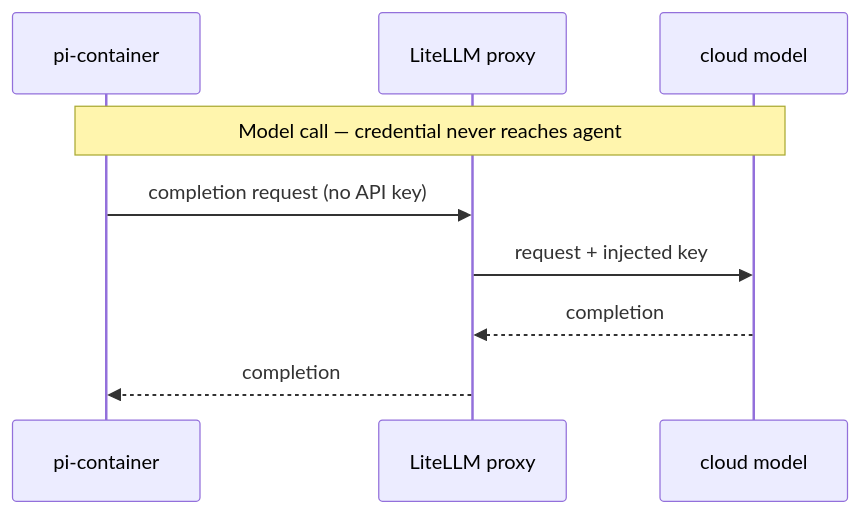
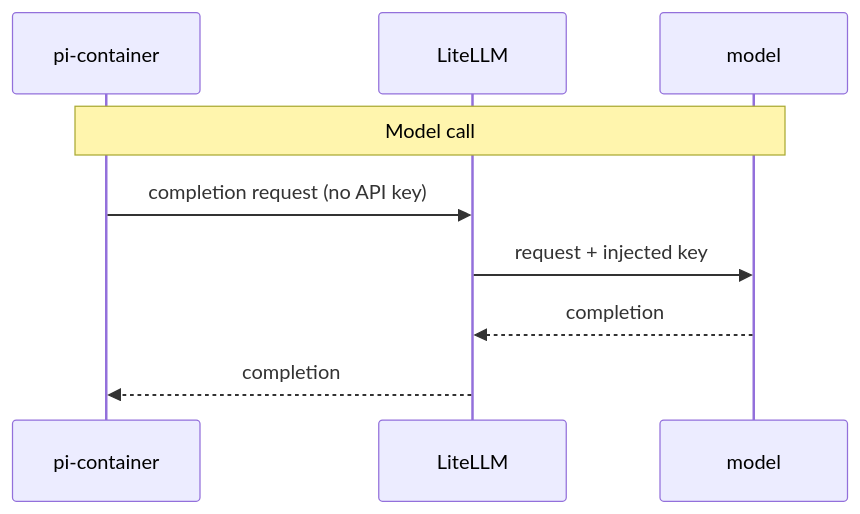
The third of 4 diagrams in docs/solution.md (kieranpotts/genie), drawn with Mermaid before and after one commit. The commit also changed other lines of this file and 5 other files, not shown here.

````diff
--- a/docs/solution.md
+++ b/docs/solution.md
@@ -181,12 +159,12 @@
 ```mermaid
 sequenceDiagram
   participant Pi as pi-container
-  participant Proxy as LiteLLM proxy
-  participant Cloud as cloud model
+  participant Proxy as LiteLLM
+  participant Cloud as model
 
-  Note over Pi,Cloud: Model call — credential never reaches agent
+  Note over Pi,Cloud: Model call
   Pi->>Proxy: completion request (no API key)
   Proxy->>Cloud: request + injected key
   Cloud-->>Proxy: completion
   Proxy-->>Pi: completion
 ```
````
